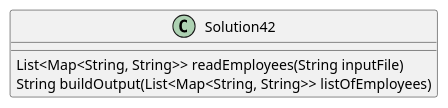
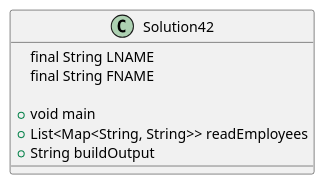
The diagram in exercise42/docs/Solution42.puml (DetrichLange/lange-a04), drawn with PlantUML before and after one commit. The commit also changed 8 other files, not shown here.

```diff
--- a/exercise42/docs/Solution42.puml
+++ b/exercise42/docs/Solution42.puml
@@ -1,9 +1,11 @@
 @startuml
-'https://plantuml.com/class-diagram
 
-class Solution42 {
-List<Map<String, String>> readEmployees(String inputFile)
-String buildOutput(List<Map<String, String>> listOfEmployees)
+class Solution42{
+final String LNAME
+final String FNAME
+
++void main
++List<Map<String, String>> readEmployees
++String buildOutput
 }
-
 @enduml
```
